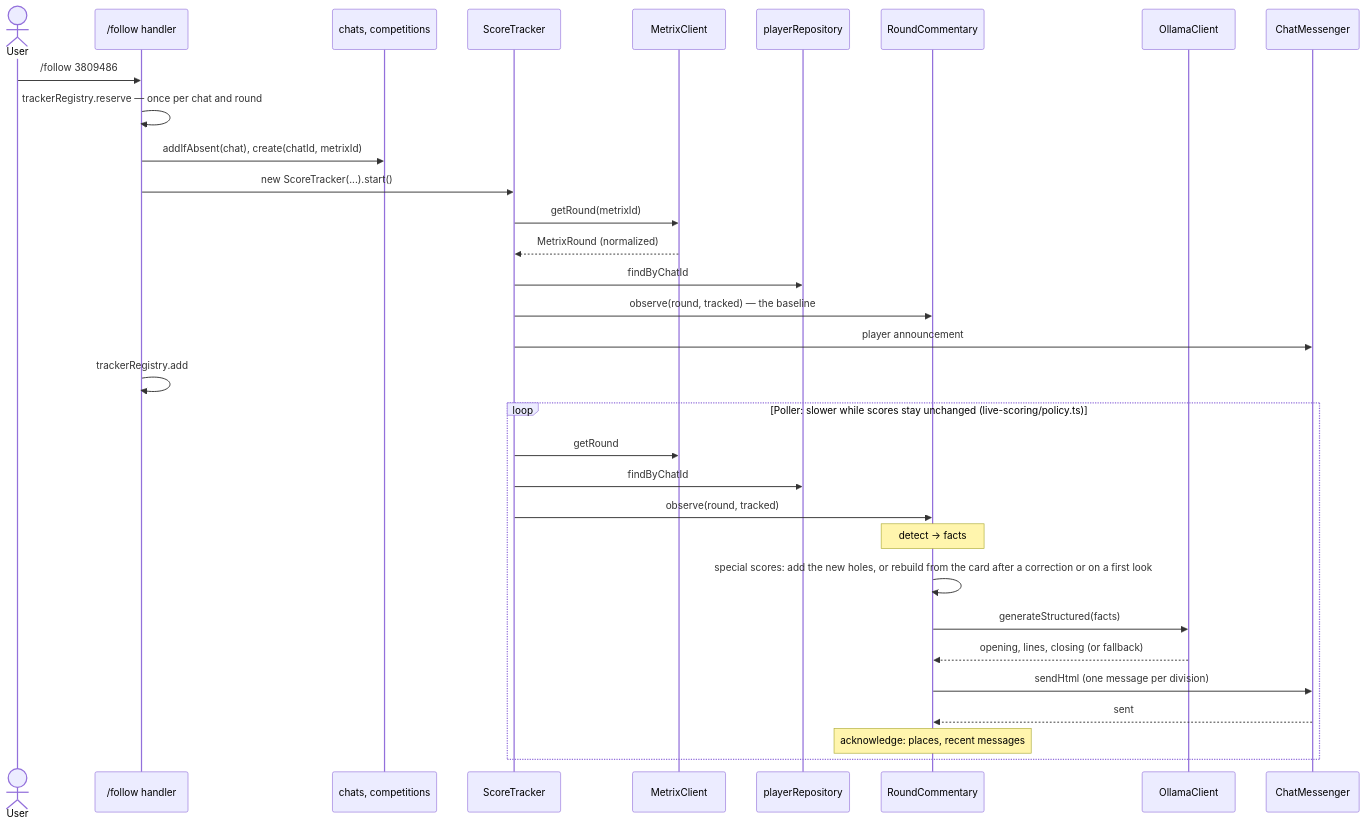
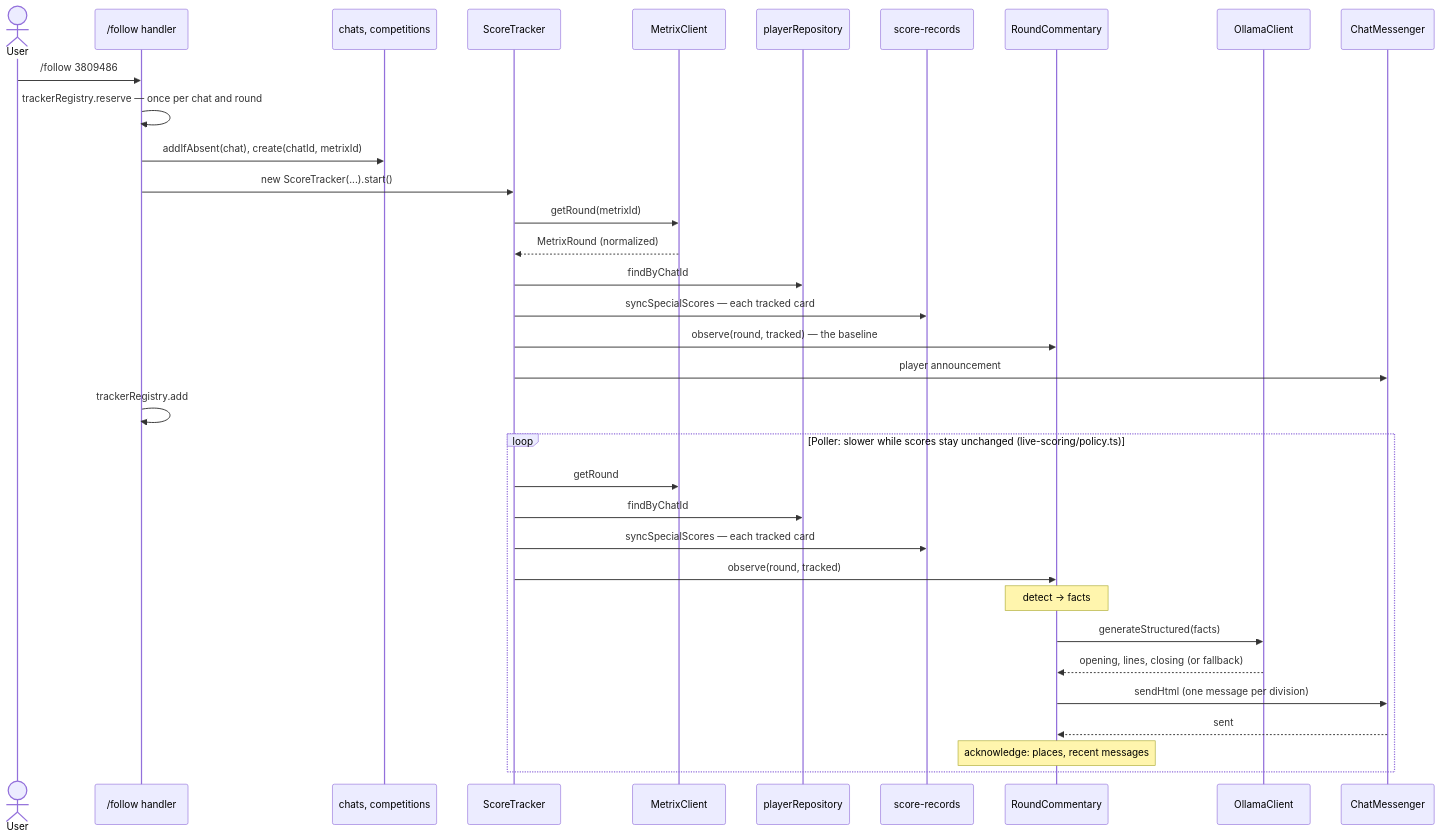
One commit to saarinenvh/sakariheitaja changed the first of 2 diagrams in docs/architecture/live-scoring.md. Above: the diagram before and after it, drawn with Mermaid. The commit also changed other lines of this file and 35 other files, not shown here.

First line of the commit message:
fix: sync special scores from the card every poll; /lopeta keeps the round

````diff
--- a/docs/architecture/live-scoring.md
+++ b/docs/architecture/live-scoring.md
@@ -10,36 +10,38 @@
 ```mermaid
 sequenceDiagram
     actor User
     participant Cmd as /follow handler
     participant Comp as chats, competitions
     participant Tracker as ScoreTracker
     participant Metrix as MetrixClient
     participant Players as playerRepository
+    participant Records as score-records
     participant Commentary as RoundCommentary
     participant Ollama as OllamaClient
     participant Messenger as ChatMessenger
 
     User->>Cmd: /follow 3809486
     Cmd->>Cmd: trackerRegistry.reserve — once per chat and round
     Cmd->>Comp: addIfAbsent(chat), create(chatId, metrixId)
     Cmd->>Tracker: new ScoreTracker(...).start()
     Tracker->>Metrix: getRound(metrixId)
     Metrix-->>Tracker: MetrixRound (normalized)
     Tracker->>Players: findByChatId
+    Tracker->>Records: syncSpecialScores — each tracked card
     Tracker->>Commentary: observe(round, tracked) — the baseline
     Tracker->>Messenger: player announcement
     Cmd->>Cmd: trackerRegistry.add
 
     loop Poller: slower while scores stay unchanged (live-scoring/policy.ts)
         Tracker->>Metrix: getRound
         Tracker->>Players: findByChatId
+        Tracker->>Records: syncSpecialScores — each tracked card
         Tracker->>Commentary: observe(round, tracked)
         Note over Commentary: detect → facts
-        Commentary->>Commentary: special scores: add the new holes, or rebuild from the card after a correction or on a first look
         Commentary->>Ollama: generateStructured(facts)
         Ollama-->>Commentary: opening, lines, closing (or fallback)
         Commentary->>Messenger: sendHtml (one message per division)
         Messenger-->>Commentary: sent
         Note over Commentary: acknowledge: places, recent messages
     end
 ```
````
